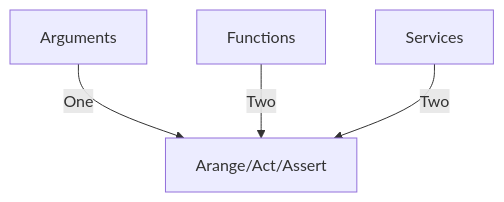
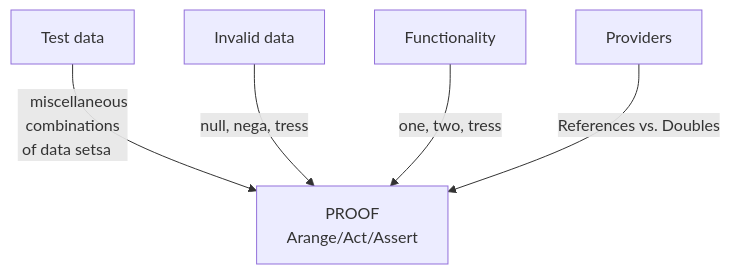
The diagram in README+/tests/README+/unit_test-multi_feed.md (Kyriosity/use-dev), drawn with Mermaid before and after one commit. The commit also changed other lines of this file, not shown here.

Commit message:
🐝✒️ unit_test-multi_feed.md

````diff
--- a/README+/tests/README+/unit_test-multi_feed.md
+++ b/README+/tests/README+/unit_test-multi_feed.md
@@ -9,6 +18,7 @@
 ```mermaid
 graph TD
-    Arguments -->|One| UT[Arange/Act/Assert]
-    Functions -->|Two| UT
-    Services -->|Two| UT
+    id1[Test data] -->|&nbsp;&nbsp;&nbsp;miscellaneous<br />combinations<br />of data setsa&nbsp;&nbsp;&nbsp;| UT[PROOF<br />Arange/Act/Assert]
+    id2[Invalid data] -->|null, nega, tress| UT
+    Functionality -->|one, two, tress| UT
+    Providers -->|References vs. Doubles| UT
 ```
````
